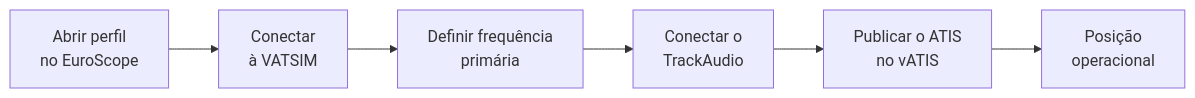
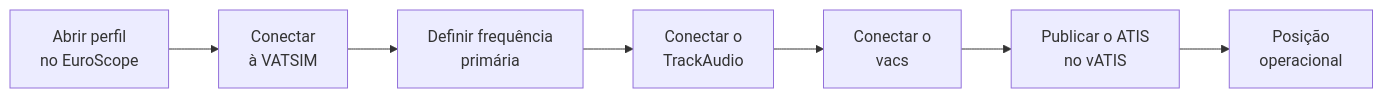
One commit to vatsim-brasil/atc-docs changed the first of 3 diagrams in docs/fundamentos/softwares/euroscope/utilizacao.pt.md. Above: the diagram before and after it, drawn with Mermaid. The commit also changed other lines of this file and 46 other files, not shown here.

````diff
--- a/docs/fundamentos/softwares/euroscope/utilizacao.pt.md
+++ b/docs/fundamentos/softwares/euroscope/utilizacao.pt.md
@@ -64,8 +71,9 @@
 ``` mermaid
 flowchart LR
     A[Abrir perfil<br/>no EuroScope] --> B[Conectar<br/>à VATSIM]
     B --> C[Definir frequência<br/>primária]
     C --> D[Conectar o<br/>TrackAudio]
-    D --> E[Publicar o ATIS<br/>no vATIS]
+    D --> G[Conectar o<br/>vacs]
+    G --> E[Publicar o ATIS<br/>no vATIS]
     E --> F[Posição<br/>operacional]
 ```
````
